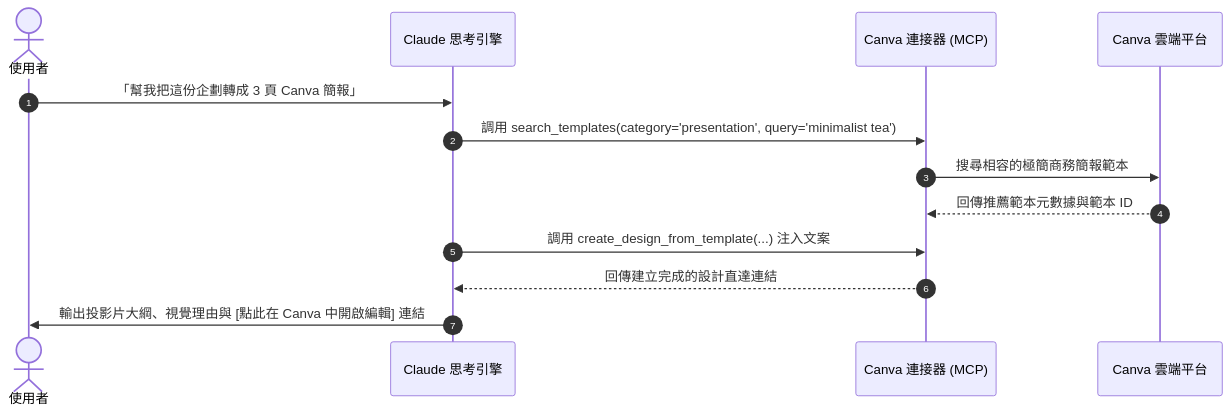
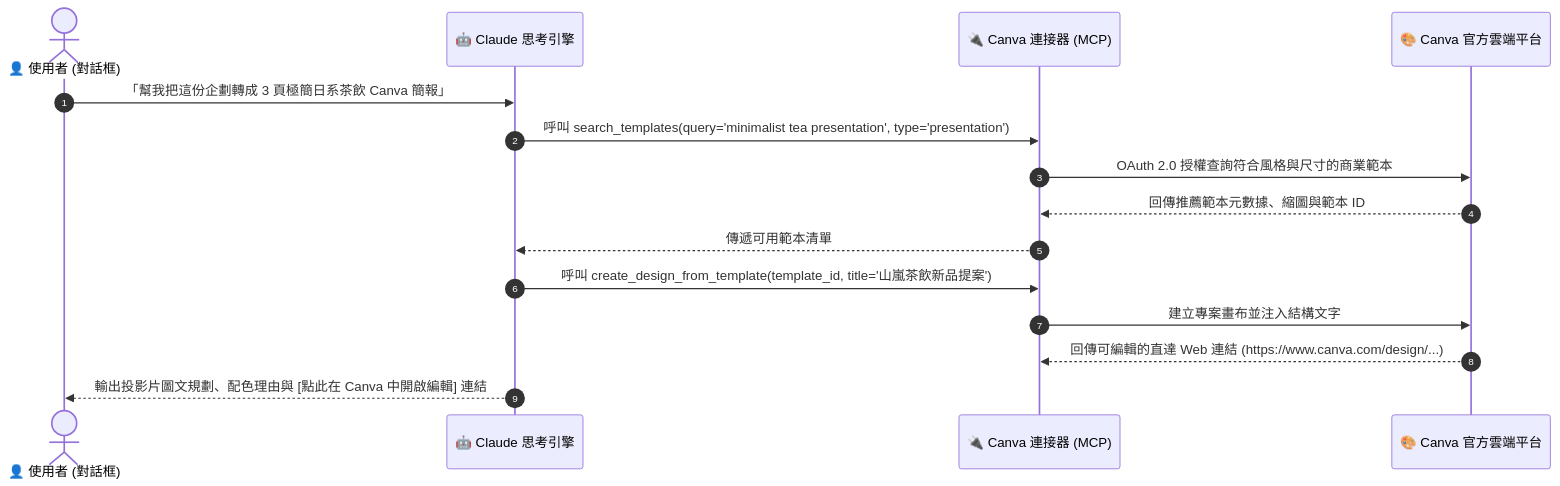
The diagram in Claude_ai/Connectors/02_Canva/README.md (roberthsu2003/workflow-productivity), drawn with Mermaid before and after one commit. The commit also changed other lines of this file and 1 other file, not shown here.

````diff
--- a/Claude_ai/Connectors/02_Canva/README.md
+++ b/Claude_ai/Connectors/02_Canva/README.md
@@ -40,16 +42,18 @@
 ```mermaid
 sequenceDiagram
     autonumber
-    actor User as 使用者
-    participant Claude as Claude 思考引擎
-    participant CanvaConn as Canva 連接器 (MCP)
-    participant CanvaWeb as Canva 雲端平台
+    actor User as 👤 使用者 (對話框)
+    participant Claude as 🤖 Claude 思考引擎
+    participant Conn as 🔌 Canva 連接器 (MCP)
+    participant Canva as 🎨 Canva 官方雲端平台
 
-    User->>Claude: 「幫我把這份企劃轉成 3 頁 Canva 簡報」
-    Claude->>CanvaConn: 調用 search_templates(category='presentation', query='minimalist tea')
-    CanvaConn->>CanvaWeb: 搜尋相容的極簡商務簡報範本
-    CanvaWeb-->>CanvaConn: 回傳推薦範本元數據與範本 ID
-    Claude->>CanvaConn: 調用 create_design_from_template(...) 注入文案
-    CanvaConn-->>Claude: 回傳建立完成的設計直達連結
-    Claude->>User: 輸出投影片大綱、視覺理由與 [點此在 Canva 中開啟編輯] 連結
+    User->>Claude: 「幫我把這份企劃轉成 3 頁極簡日系茶飲 Canva 簡報」
+    Claude->>Conn: 呼叫 search_templates(query='minimalist tea presentation', type='presentation')
+    Conn->>Canva: OAuth 2.0 授權查詢符合風格與尺寸的商業範本
+    Canva-->>Conn: 回傳推薦範本元數據、縮圖與範本 ID
+    Conn-->>Claude: 傳遞可用範本清單
+    Claude->>Conn: 呼叫 create_design_from_template(template_id, title='山嵐茶飲新品提案')
+    Conn->>Canva: 建立專案畫布並注入結構文字
+    Canva-->>Conn: 回傳可編輯的直達 Web 連結 (https://www.canva.com/design/...)
+    Claude-->>User: 輸出投影片圖文規劃、配色理由與 [點此在 Canva 中開啟編輯] 連結
 ```
````
